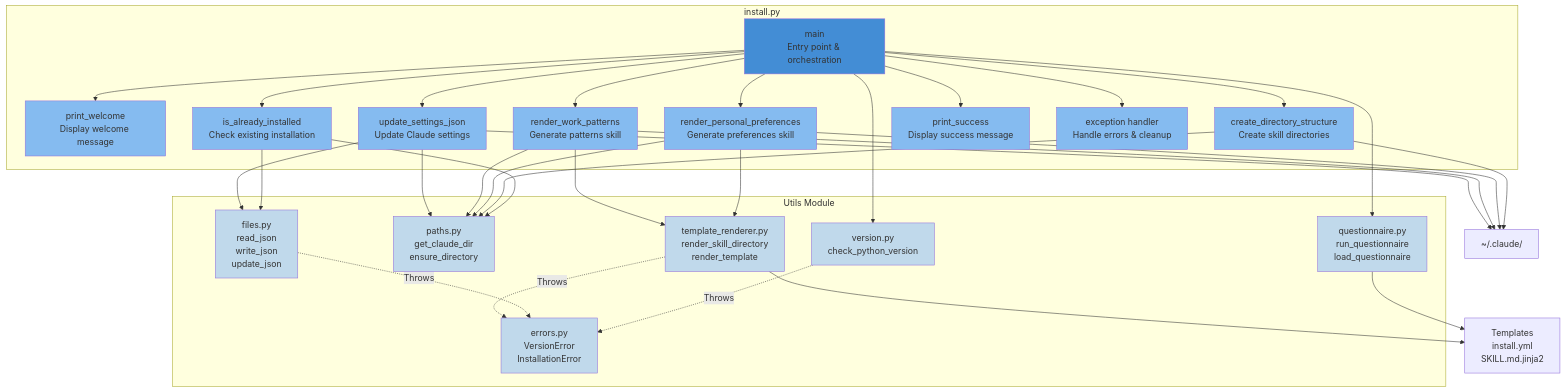
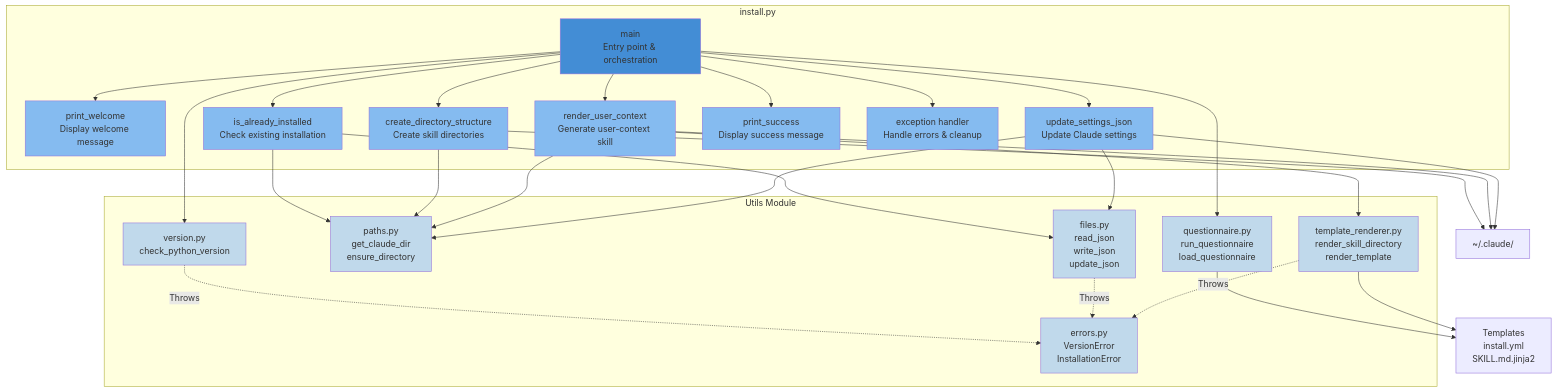
Before and after one commit to oakensoul/aida-core-plugin: the first of 7 diagrams in docs/architecture/c4/component-diagram.md, drawn with Mermaid. The commit also changed other lines of this file and 49 other files, not shown here.

First line of the commit message:
chore: launch preparedness - security, docs, tests, architecture (#7) (#16)

````diff
--- a/docs/architecture/c4/component-diagram.md
+++ b/docs/architecture/c4/component-diagram.md
@@ -18,78 +18,72 @@
 ```mermaid
 graph TB
     subgraph "install.py"
         MainInstall[main<br/>Entry point & orchestration]
         WelcomePrint[print_welcome<br/>Display welcome message]
         AlreadyInstalled[is_already_installed<br/>Check existing installation]
         CreateDirs[create_directory_structure<br/>Create skill directories]
-        RenderPrefs[render_personal_preferences<br/>Generate preferences skill]
-        RenderPatterns[render_work_patterns<br/>Generate patterns skill]
+        RenderUserContext[render_user_context<br/>Generate user-context skill]
         UpdateSettings[update_settings_json<br/>Update Claude settings]
         PrintSuccess[print_success<br/>Display success message]
         ErrorHandler[exception handler<br/>Handle errors & cleanup]
     end
 
     subgraph "Utils Module"
         VersionCheck[version.py<br/>check_python_version]
         PathsGet[paths.py<br/>get_claude_dir<br/>ensure_directory]
         FilesIO[files.py<br/>read_json<br/>write_json<br/>update_json]
         Questionnaire[questionnaire.py<br/>run_questionnaire<br/>load_questionnaire]
         TemplateRender[template_renderer.py<br/>render_skill_directory<br/>render_template]
         ErrorClasses[errors.py<br/>VersionError<br/>InstallationError]
     end
 
     Templates[Templates<br/>install.yml<br/>SKILL.md.jinja2]
     GlobalFS[~/.claude/]
 
     MainInstall --> WelcomePrint
     MainInstall --> VersionCheck
     MainInstall --> AlreadyInstalled
     MainInstall --> Questionnaire
     MainInstall --> CreateDirs
-    MainInstall --> RenderPrefs
-    MainInstall --> RenderPatterns
+    MainInstall --> RenderUserContext
     MainInstall --> UpdateSettings
     MainInstall --> PrintSuccess
     MainInstall --> ErrorHandler
 
     AlreadyInstalled --> PathsGet
     AlreadyInstalled --> FilesIO
 
     CreateDirs --> PathsGet
 
-    RenderPrefs --> TemplateRender
-    RenderPrefs --> PathsGet
-    RenderPatterns --> TemplateRender
-    RenderPatterns --> PathsGet
+    RenderUserContext --> TemplateRender
+    RenderUserContext --> PathsGet
 
     UpdateSettings --> FilesIO
     UpdateSettings --> PathsGet
 
     Questionnaire --> Templates
     TemplateRender --> Templates
 
     VersionCheck -.->|Throws| ErrorClasses
     FilesIO -.->|Throws| ErrorClasses
     TemplateRender -.->|Throws| ErrorClasses
 
     CreateDirs --> GlobalFS
-    RenderPrefs --> GlobalFS
-    RenderPatterns --> GlobalFS
+    RenderUserContext --> GlobalFS
     UpdateSettings --> GlobalFS
 
     style MainInstall fill:#438dd5
     style WelcomePrint fill:#85bbf0
     style AlreadyInstalled fill:#85bbf0
     style CreateDirs fill:#85bbf0
-    style RenderPrefs fill:#85bbf0
-    style RenderPatterns fill:#85bbf0
+    style RenderUserContext fill:#85bbf0
     style UpdateSettings fill:#85bbf0
     style PrintSuccess fill:#85bbf0
     style ErrorHandler fill:#85bbf0
     style VersionCheck fill:#c0d9eb
     style PathsGet fill:#c0d9eb
     style FilesIO fill:#c0d9eb
     style Questionnaire fill:#c0d9eb
     style TemplateRender fill:#c0d9eb
     style ErrorClasses fill:#c0d9eb
 ```
````
